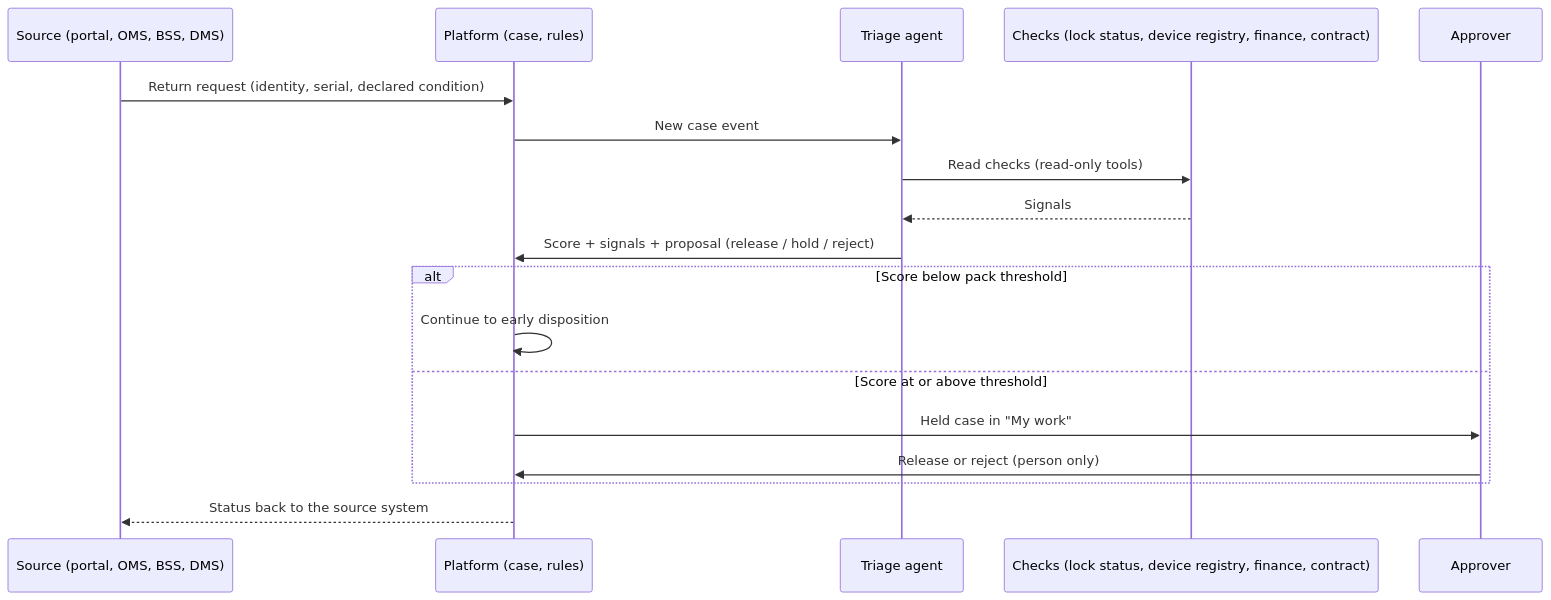
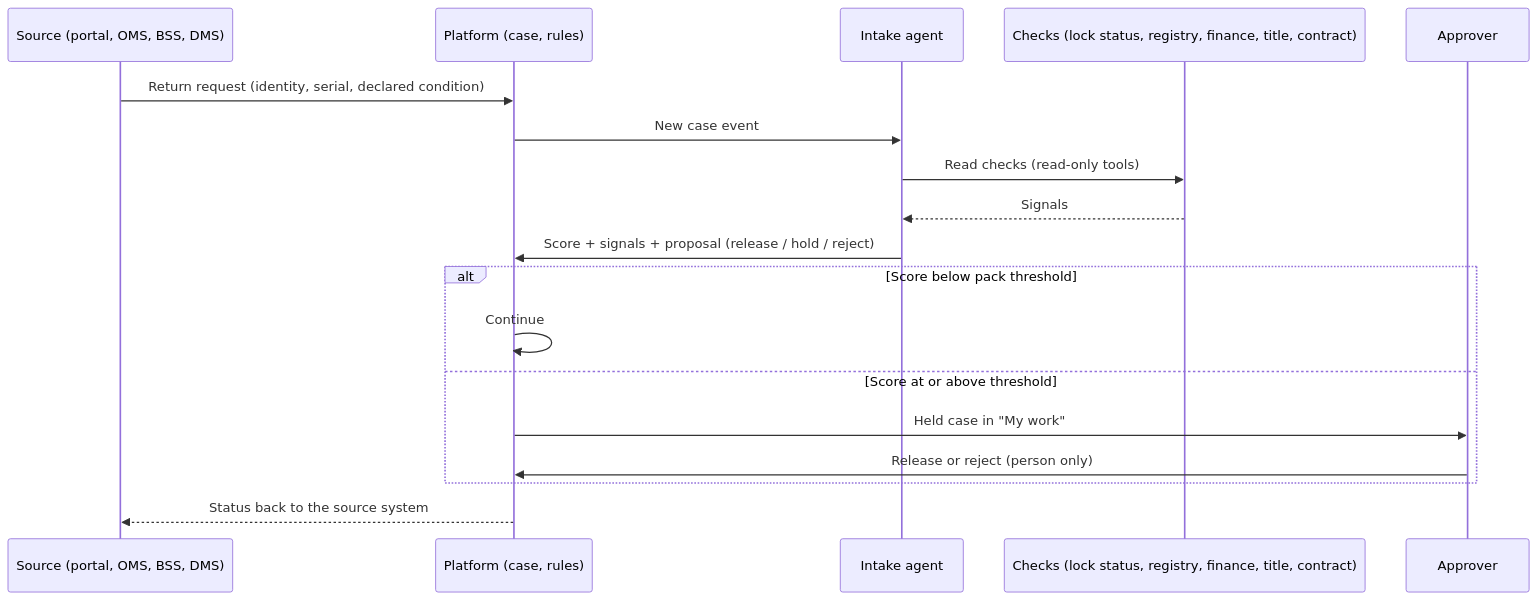
One commit to ranilmukesh-artizent/Circularity-ui changed the second of 3 diagrams in docs/agents/research/2026-11-platform/B-industries-and-stories.md. Above: the diagram before and after it, drawn with Mermaid. The commit also changed other lines of this file and 13 other files, not shown here.

````diff
--- a/docs/agents/research/2026-11-platform/B-industries-and-stories.md
+++ b/docs/agents/research/2026-11-platform/B-industries-and-stories.md
@@ -514,20 +895,20 @@
 ```mermaid
 sequenceDiagram
   participant Src as Source (portal, OMS, BSS, DMS)
   participant DI as Platform (case, rules)
-  participant Ag as Triage agent
-  participant Ext as Checks (lock status, device registry, finance, contract)
+  participant Ag as Intake agent
+  participant Ext as Checks (lock status, registry, finance, title, contract)
   participant Ap as Approver
   Src->>DI: Return request (identity, serial, declared condition)
   DI->>Ag: New case event
   Ag->>Ext: Read checks (read-only tools)
   Ext-->>Ag: Signals
   Ag->>DI: Score + signals + proposal (release / hold / reject)
   alt Score below pack threshold
-    DI->>DI: Continue to early disposition
+    DI->>DI: Continue
   else Score at or above threshold
     DI->>Ap: Held case in "My work"
     Ap->>DI: Release or reject (person only)
   end
   DI-->>Src: Status back to the source system
 ```
````
